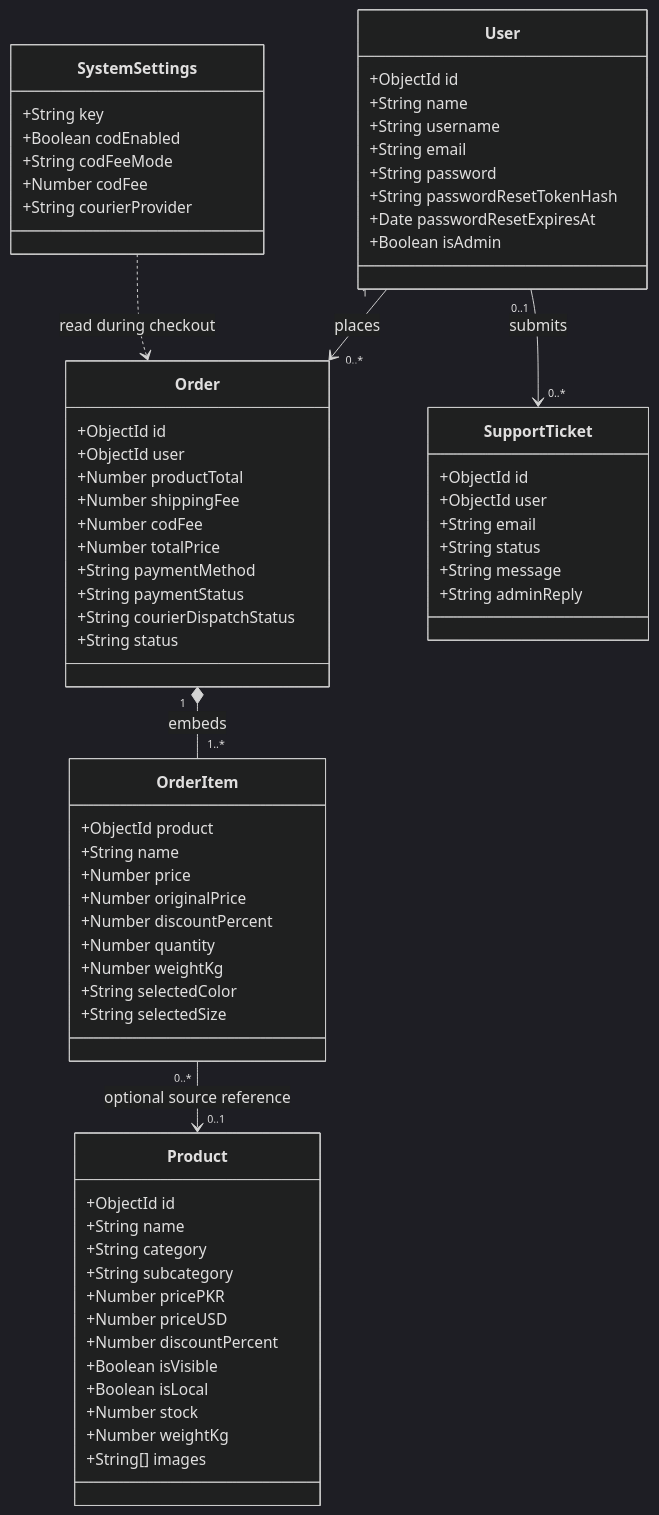
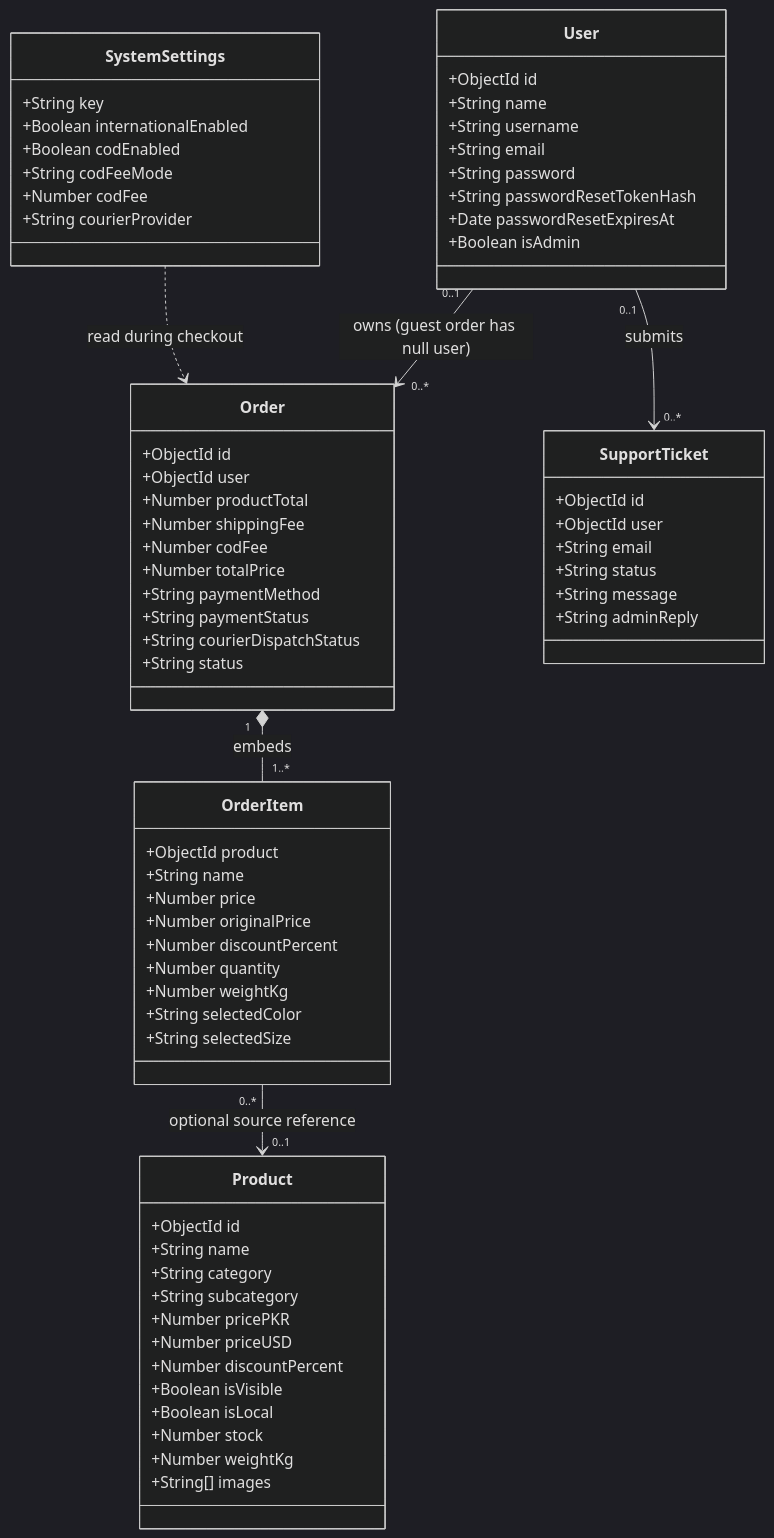
Before and after one commit to arbazfareed/e-commerce: the fourth of 6 diagrams in docs/SRD.md, drawn with Mermaid (dark theme). The commit also changed other lines of this file and 94 other files, not shown here.

````diff
--- a/docs/SRD.md
+++ b/docs/SRD.md
@@ -176,70 +183,71 @@
 ```mermaid
 classDiagram
       class User {
          +ObjectId id
          +String name
          +String username
          +String email
          +String password
          +String passwordResetTokenHash
          +Date passwordResetExpiresAt
          +Boolean isAdmin
       }
       class Product {
          +ObjectId id
          +String name
          +String category
          +String subcategory
          +Number pricePKR
          +Number priceUSD
          +Number discountPercent
          +Boolean isVisible
          +Boolean isLocal
          +Number stock
          +Number weightKg
          +String[] images
       }
       class Order {
          +ObjectId id
          +ObjectId user
          +Number productTotal
          +Number shippingFee
          +Number codFee
          +Number totalPrice
          +String paymentMethod
          +String paymentStatus
          +String courierDispatchStatus
          +String status
       }
       class OrderItem {
          +ObjectId product
          +String name
          +Number price
          +Number originalPrice
          +Number discountPercent
          +Number quantity
          +Number weightKg
          +String selectedColor
          +String selectedSize
       }
       class SupportTicket {
          +ObjectId id
          +ObjectId user
          +String email
          +String status
          +String message
          +String adminReply
       }
       class SystemSettings {
          +String key
+         +Boolean internationalEnabled
          +Boolean codEnabled
          +String codFeeMode
          +Number codFee
          +String courierProvider
       }
-      User "1" --> "0..*" Order : places
+      User "0..1" --> "0..*" Order : owns (guest order has null user)
       Order "1" *-- "1..*" OrderItem : embeds
       OrderItem "0..*" --> "0..1" Product : optional source reference
       User "0..1" --> "0..*" SupportTicket : submits
       SystemSettings ..> Order : read during checkout
 ```
````
